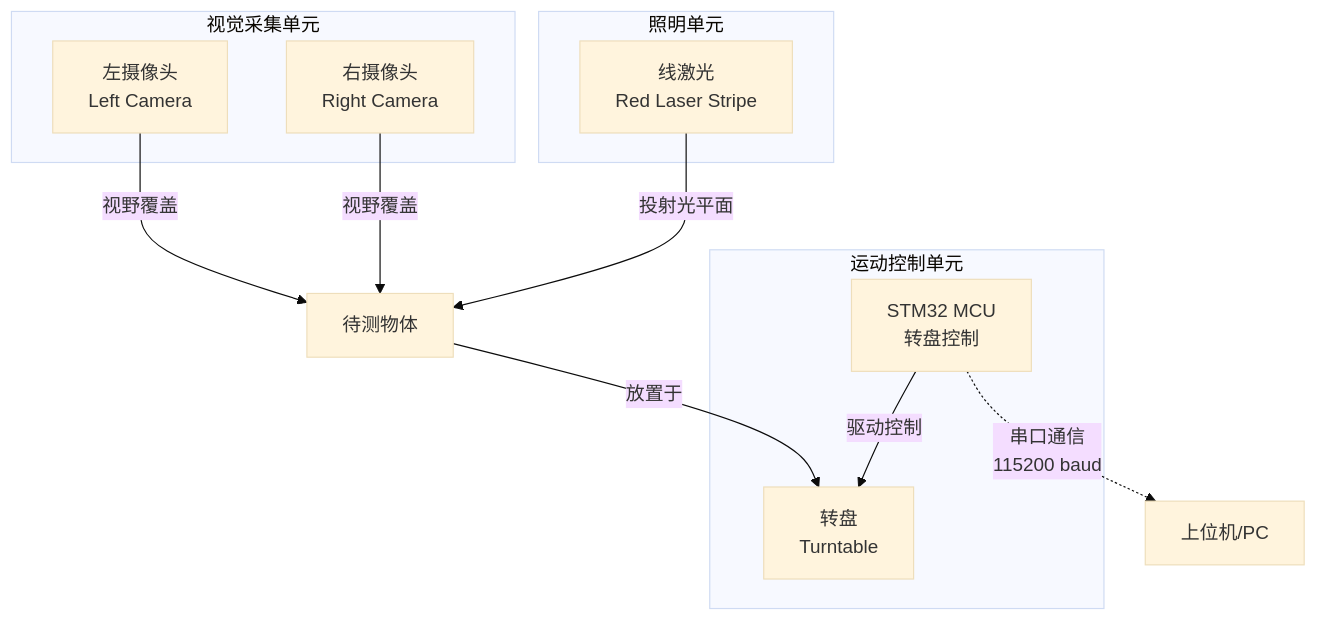
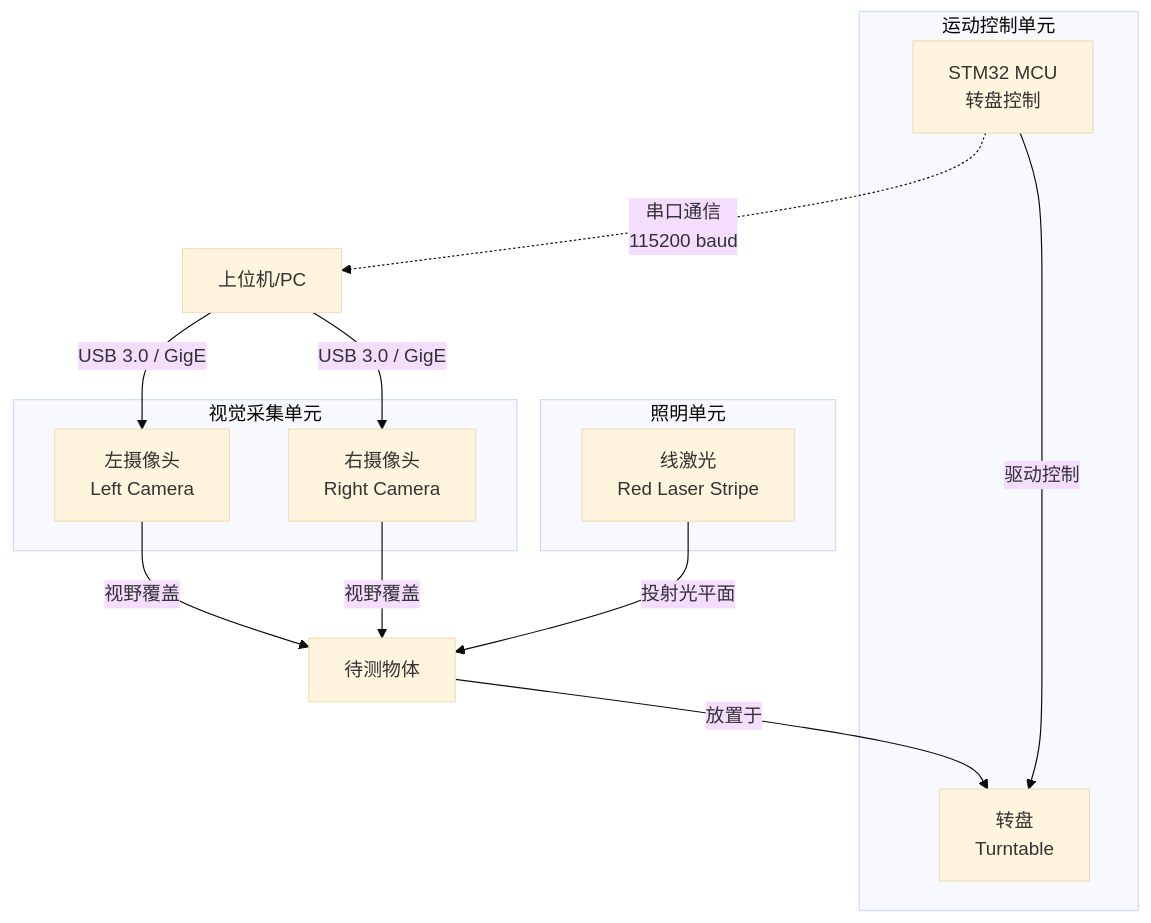
The first of 2 diagrams in README.md (Entzauberung-X/3D-reconstruction), drawn with Mermaid (base theme) before and after one commit.

````diff
--- a/README.md
+++ b/README.md
@@ -11,26 +11,30 @@
 ```mermaid
 graph TB
     subgraph Vision_System [视觉采集单元]
         LC[左摄像头<br>Left Camera]
         RC[右摄像头<br>Right Camera]
     end
 
     subgraph Illumination [照明单元]
         LL[线激光<br>Red Laser Stripe]
     end
 
     subgraph Motion_Control [运动控制单元]
         TT[转盘<br>Turntable]
         MCU[STM32 MCU<br>转盘控制]
     end
 
     %% 连接关系
     LC -- 视野覆盖 --> OBJ[待测物体]
     RC -- 视野覆盖 --> OBJ
     LL -- 投射光平面 --> OBJ
     
     OBJ -- 放置于 --> TT
     MCU -- 驱动控制 --> TT
     
     MCU -.->|串口通信<br>115200 baud| Host[上位机/PC]
+
+    %% 补充：上位机与摄像头的连接
+    Host -- USB 3.0 / GigE --> LC
+    Host -- USB 3.0 / GigE --> RC
 ```
````
